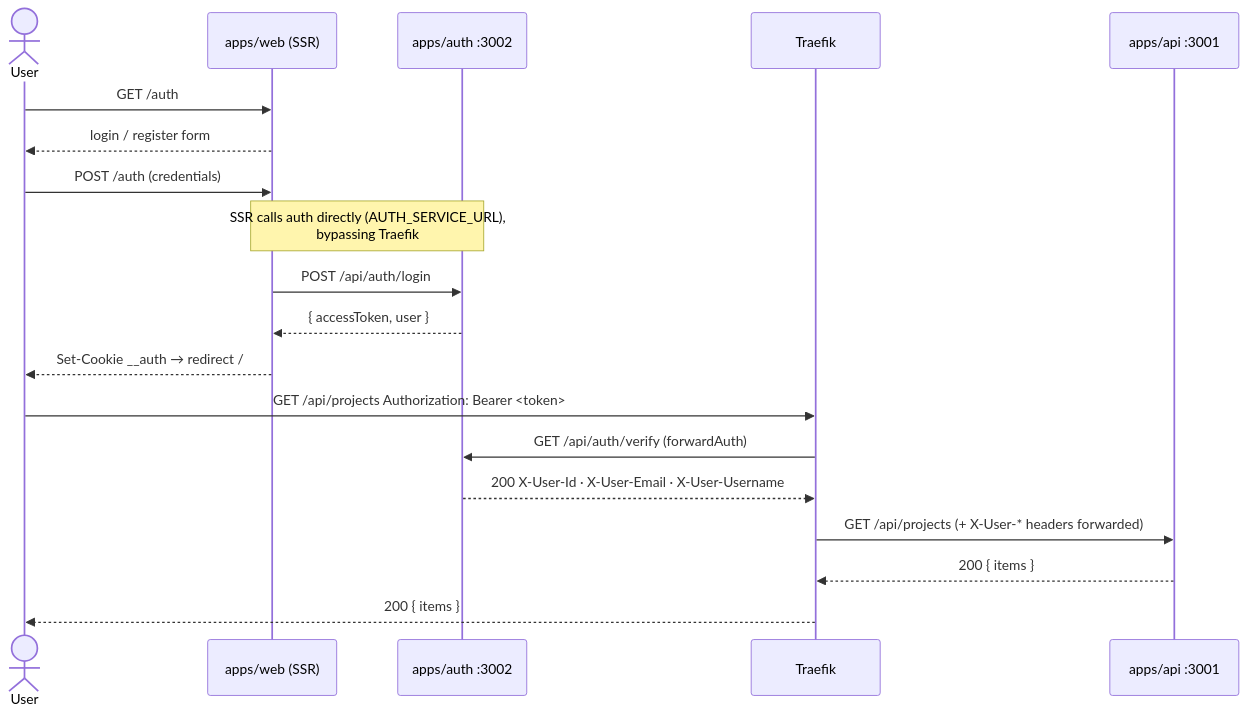
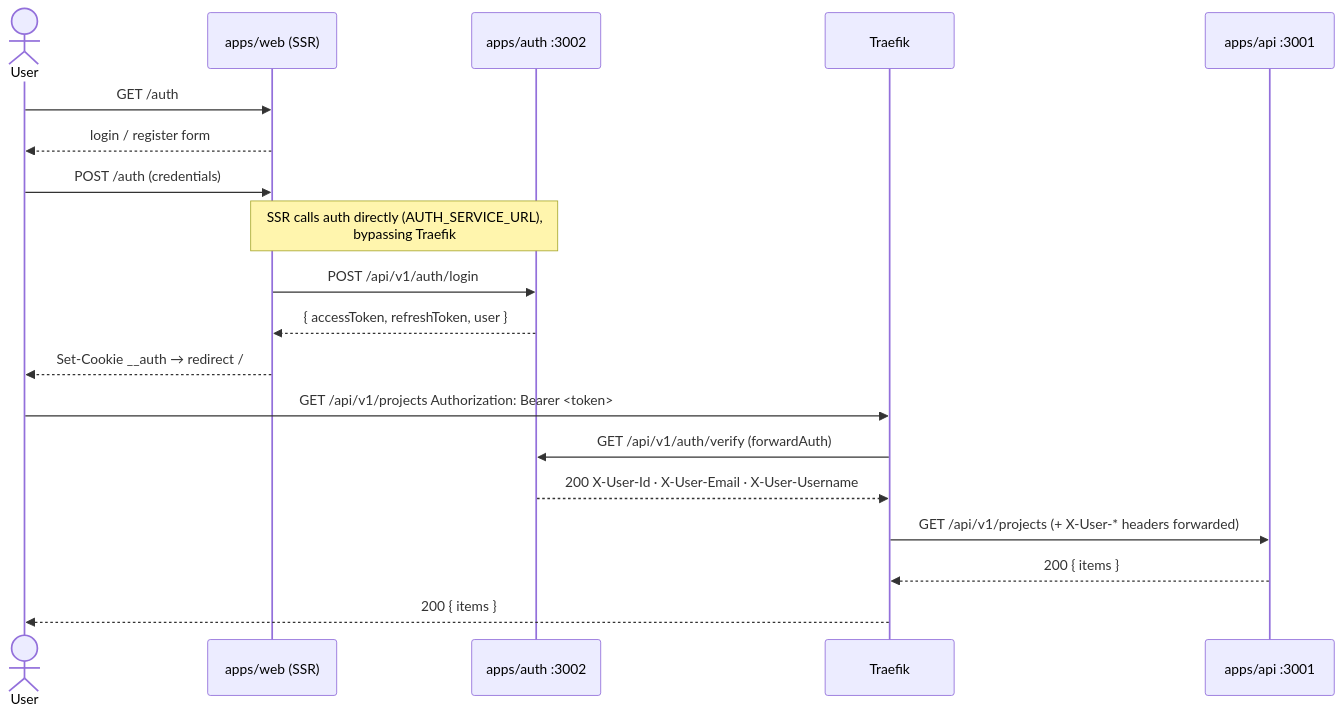
Before and after one commit to sonicname/monorepo: the second of 3 diagrams in README.md, drawn with Mermaid. The commit also changed other lines of this file and 5 other files, not shown here.

````diff
--- a/README.md
+++ b/README.md
@@ -56,24 +58,24 @@
 ```mermaid
 sequenceDiagram
     actor User
     participant Web as apps/web (SSR)
     participant Auth as apps/auth :3002
     participant Traefik
     participant API as apps/api :3001
 
     User->>Web: GET /auth
     Web-->>User: login / register form
 
     User->>Web: POST /auth (credentials)
     Note over Web,Auth: SSR calls auth directly (AUTH_SERVICE_URL),<br/>bypassing Traefik
-    Web->>Auth: POST /api/auth/login
-    Auth-->>Web: { accessToken, user }
+    Web->>Auth: POST /api/v1/auth/login
+    Auth-->>Web: { accessToken, refreshToken, user }
     Web-->>User: Set-Cookie __auth → redirect /
 
-    User->>Traefik: GET /api/projects  Authorization: Bearer <token>
-    Traefik->>Auth: GET /api/auth/verify  (forwardAuth)
+    User->>Traefik: GET /api/v1/projects  Authorization: Bearer <token>
+    Traefik->>Auth: GET /api/v1/auth/verify  (forwardAuth)
     Auth-->>Traefik: 200  X-User-Id · X-User-Email · X-User-Username
-    Traefik->>API: GET /api/projects  (+ X-User-* headers forwarded)
+    Traefik->>API: GET /api/v1/projects  (+ X-User-* headers forwarded)
     API-->>Traefik: 200 { items }
     Traefik-->>User: 200 { items }
 ```
````
